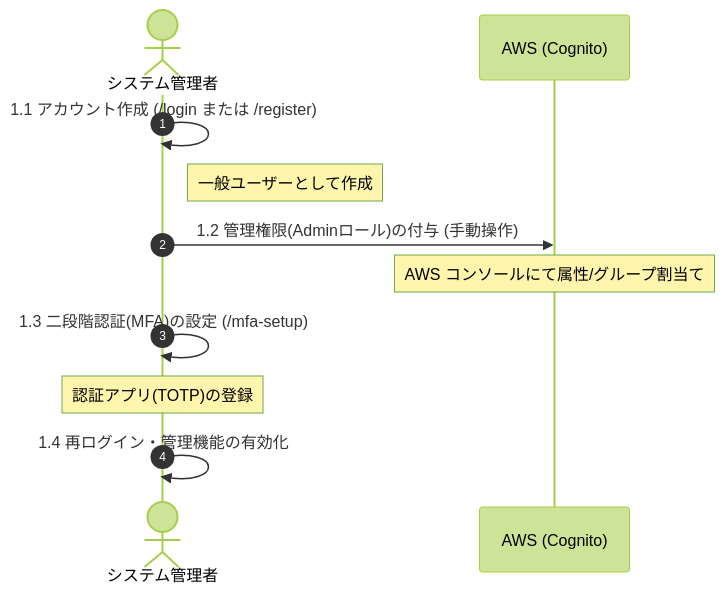
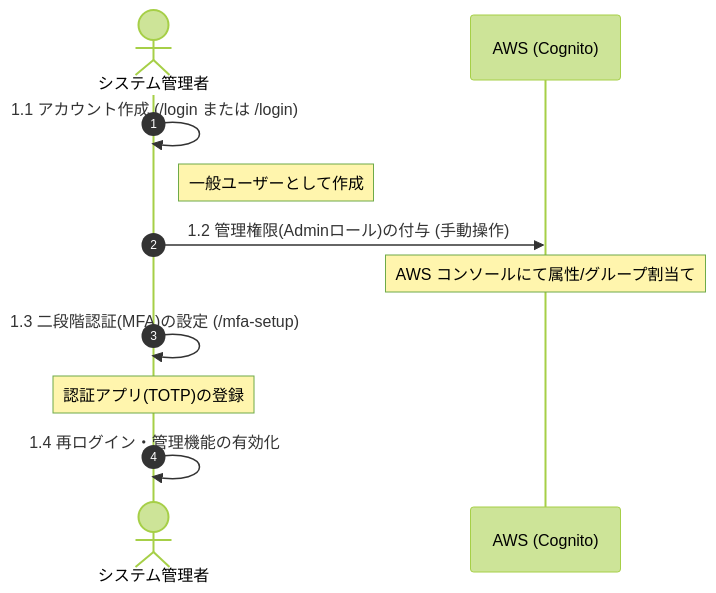
Before and after one commit to yudaiito9124-cyber/meishigawarini: the second of 7 diagrams in documents/ATFIRST_OPERATION_FLOW.md, drawn with Mermaid (forest theme). The commit also changed other lines of this file and 103 other files, not shown here.

````diff
--- a/documents/ATFIRST_OPERATION_FLOW.md
+++ b/documents/ATFIRST_OPERATION_FLOW.md
@@ -32,14 +32,14 @@
 ```mermaid
 sequenceDiagram
     autonumber
     actor SA as システム管理者
     participant Cog as AWS (Cognito)
 
-    SA->>SA: 1.1 アカウント作成 (/login または /register)
+    SA->>SA: 1.1 アカウント作成 (/login または /login)
     Note right of SA: 一般ユーザーとして作成
     SA->>Cog: 1.2 管理権限(Adminロール)の付与 (手動操作)
     Note over Cog: AWS コンソールにて属性/グループ割当て
     SA->>SA: 1.3 二段階認証(MFA)の設定 (/mfa-setup)
     Note over SA: 認証アプリ(TOTP)の登録
     SA->>SA: 1.4 再ログイン・管理機能の有効化
 ```
````
